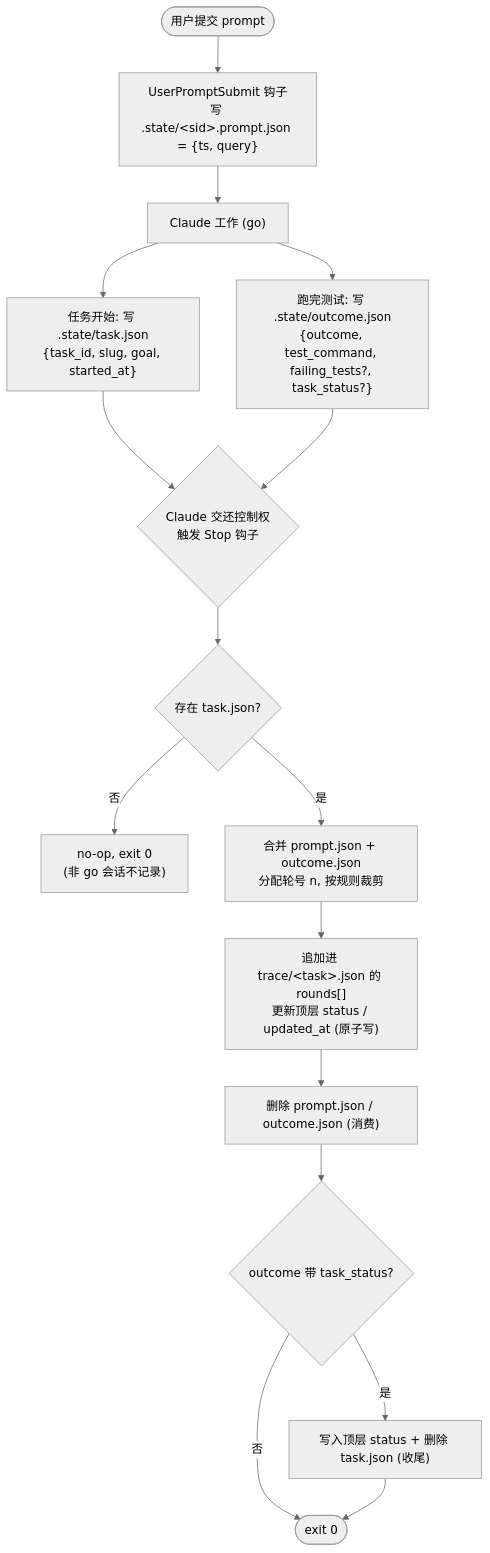
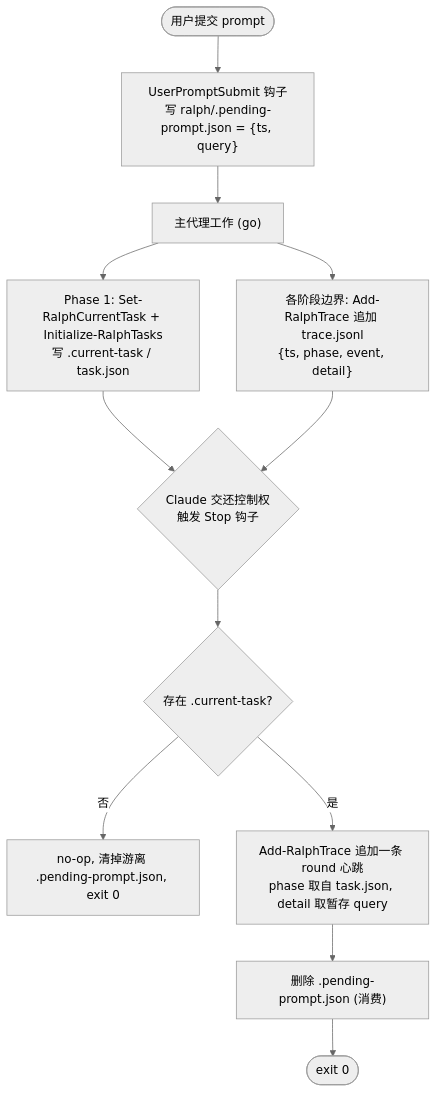
Before and after one commit to YachuanWzh/harness: the sixth of 13 diagrams in 技术方案文档.md, drawn with Mermaid (neutral theme). The commit also changed other lines of this file and 1 other file, not shown here.

Commit message:
docs: describe go-on-ralph tracking + auto-retry; retire old trace/resume mechanism

````diff
--- a/技术方案文档.md
+++ b/技术方案文档.md
@@ -188,18 +187,14 @@
 ```mermaid
 flowchart TD
-    U([用户提交 prompt]) --> UPS["UserPromptSubmit 钩子<br/>写 .state/&lt;sid&gt;.prompt.json = {ts, query}"]
-    UPS --> WORK["Claude 工作 (go)"]
-    WORK --> T1["任务开始: 写 .state/task.json<br/>{task_id, slug, goal, started_at}"]
-    WORK --> T2["跑完测试: 写 .state/outcome.json<br/>{outcome, test_command, failing_tests?, task_status?}"]
+    U([用户提交 prompt]) --> UPS["UserPromptSubmit 钩子<br/>写 ralph/.pending-prompt.json = {ts, query}"]
+    UPS --> WORK["主代理工作 (go)"]
+    WORK --> T1["Phase 1: Set-RalphCurrentTask + Initialize-RalphTasks<br/>写 .current-task / task.json"]
+    WORK --> T2["各阶段边界: Add-RalphTrace 追加 trace.jsonl<br/>{ts, phase, event, detail}"]
     T1 --> STOP
     T2 --> STOP{Claude 交还控制权<br/>触发 Stop 钩子}
-    STOP --> HASTASK{存在 task.json?}
-    HASTASK -->|否| NOOP["no-op, exit 0<br/>(非 go 会话不记录)"]
-    HASTASK -->|是| MERGE["合并 prompt.json + outcome.json<br/>分配轮号 n, 按规则裁剪"]
-    MERGE --> APPEND["追加进 trace/&lt;task&gt;.json 的 rounds[]<br/>更新顶层 status / updated_at (原子写)"]
-    APPEND --> CONSUME["删除 prompt.json / outcome.json (消费)"]
-    CONSUME --> CLOSE{outcome 带 task_status?}
-    CLOSE -->|是| FIN["写入顶层 status + 删除 task.json (收尾)"]
-    CLOSE -->|否| END0([exit 0])
-    FIN --> END0
+    STOP --> HASTASK{存在 .current-task?}
+    HASTASK -->|否| NOOP["no-op, 清掉游离 .pending-prompt.json, exit 0"]
+    HASTASK -->|是| ROUND["Add-RalphTrace 追加一条 round 心跳<br/>phase 取自 task.json, detail 取暂存 query"]
+    ROUND --> CONSUME["删除 .pending-prompt.json (消费)"]
+    CONSUME --> END0([exit 0])
 ```
````
